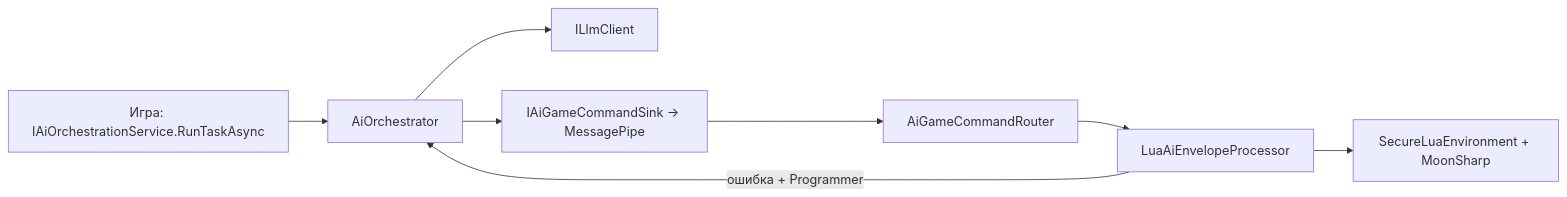
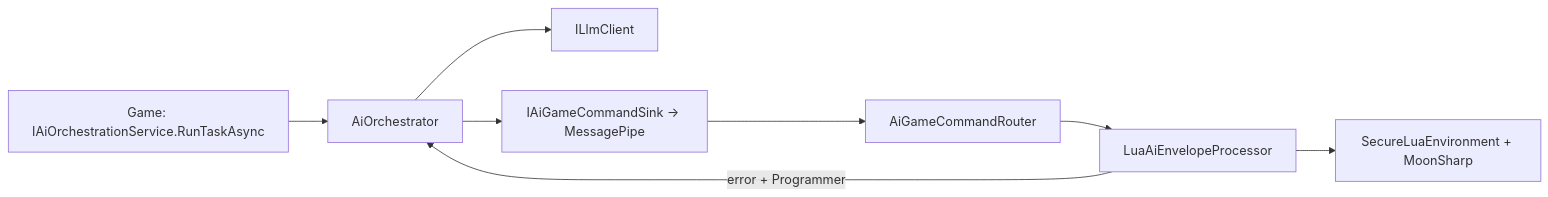
One commit to NeoXider/CoreAI changed the diagram in Assets/CoreAiUnity/Docs/DEVELOPER_GUIDE.md. Above: the diagram before and after it, drawn with Mermaid. The commit also changed other lines of this file and 88 other files, not shown here.

````diff
--- a/Assets/CoreAiUnity/Docs/DEVELOPER_GUIDE.md
+++ b/Assets/CoreAiUnity/Docs/DEVELOPER_GUIDE.md
@@ -77,17 +77,17 @@
 ```mermaid
 flowchart LR
-  Game["Игра: IAiOrchestrationService.RunTaskAsync"]
+  Game["Game: IAiOrchestrationService.RunTaskAsync"]
   Orch["AiOrchestrator"]
   LLM["ILlmClient"]
   Sink["IAiGameCommandSink → MessagePipe"]
   Router["AiGameCommandRouter"]
   LuaP["LuaAiEnvelopeProcessor"]
   Lua["SecureLuaEnvironment + MoonSharp"]
   Game --> Orch
   Orch --> LLM
   Orch --> Sink
   Sink --> Router
   Router --> LuaP
   LuaP --> Lua
-  LuaP -->|"ошибка + Programmer"| Orch
+  LuaP -->|"error + Programmer"| Orch
 ```
````
